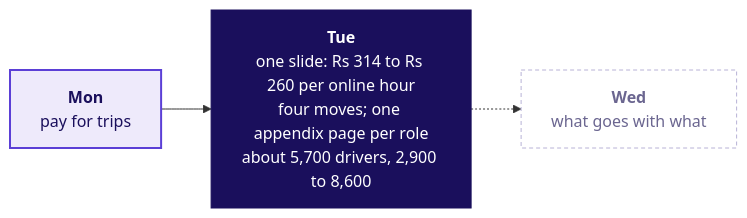
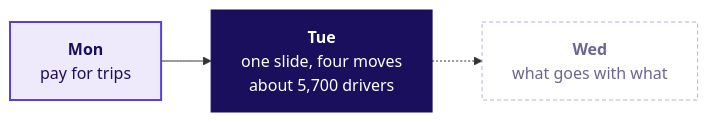
The sixth of 6 diagrams in content/W04/D2/slides/C2_W04_D02_half2_STUDENT.md (fde-academy-lab/c2-content-factory), drawn with Mermaid before and after one commit. The commit also changed other lines of this file and 25 other files, not shown here.

````diff
--- a/content/W04/D2/slides/C2_W04_D02_half2_STUDENT.md
+++ b/content/W04/D2/slides/C2_W04_D02_half2_STUDENT.md
@@ -324,11 +327,11 @@
 ```mermaid
 flowchart LR
-    M["<b>Mon</b><br/>pay for trips"] --> T["<b>Tue</b><br/>one slide: Rs 314 to Rs 260 per online hour<br/>four moves; one appendix page per role<br/>about 5,700 drivers, 2,900 to 8,600"]
+    M["<b>Mon</b><br/>pay for trips"] --> T["<b>Tue</b><br/>one slide, four moves<br/>about 5,700 drivers"]
     T -.-> W["<b>Wed</b><br/>what goes with what"]
     classDef known fill:#EEEAFB,stroke:#5B3FD6,color:#1A0F5C,stroke-width:2px
     classDef lit fill:#1A0F5C,stroke:#1A0F5C,color:#FFFFFF
     classDef unknown fill:#FFFFFF,stroke:#B8B2D6,color:#6B6690,stroke-dasharray:4 3
     class M known
     class T lit
     class W unknown
 ```
````
